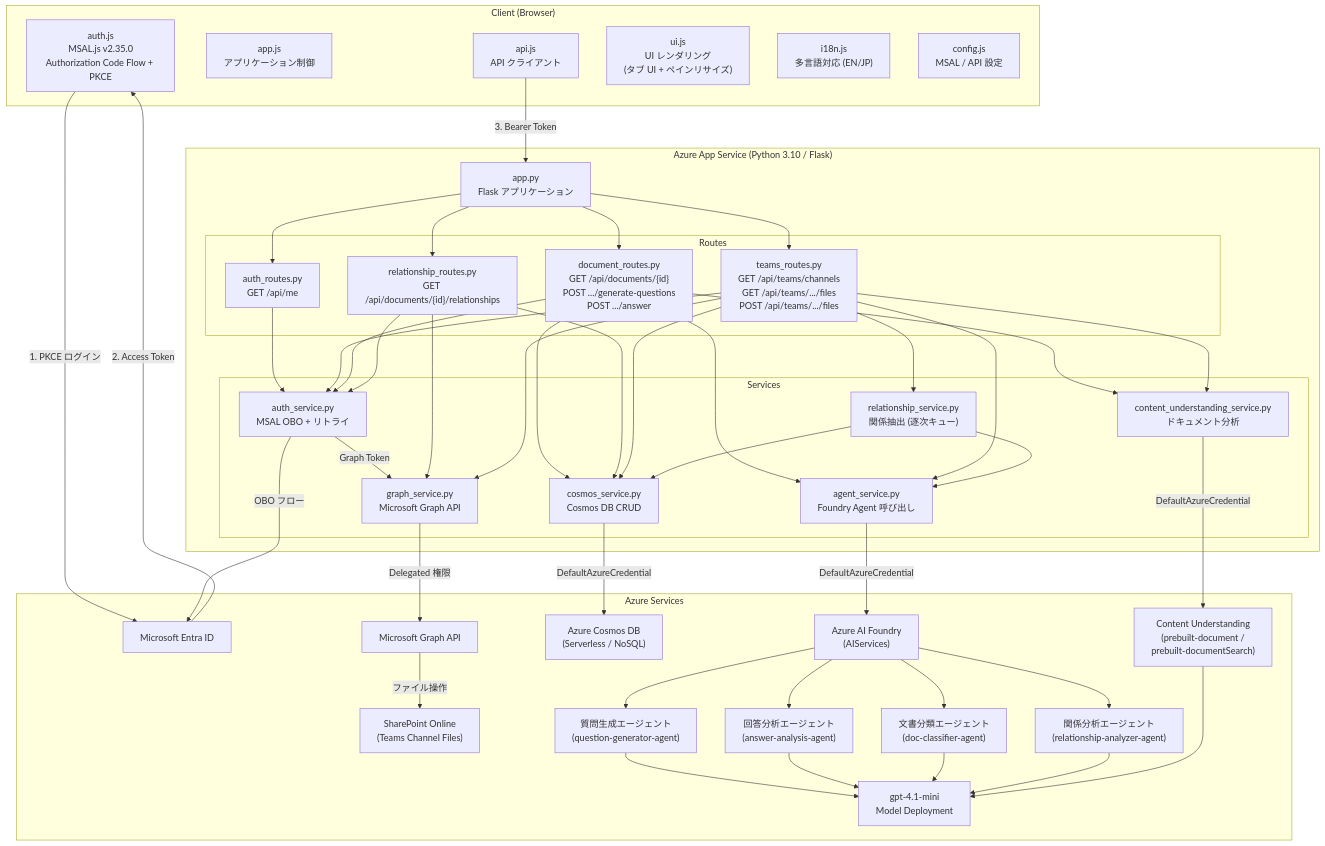
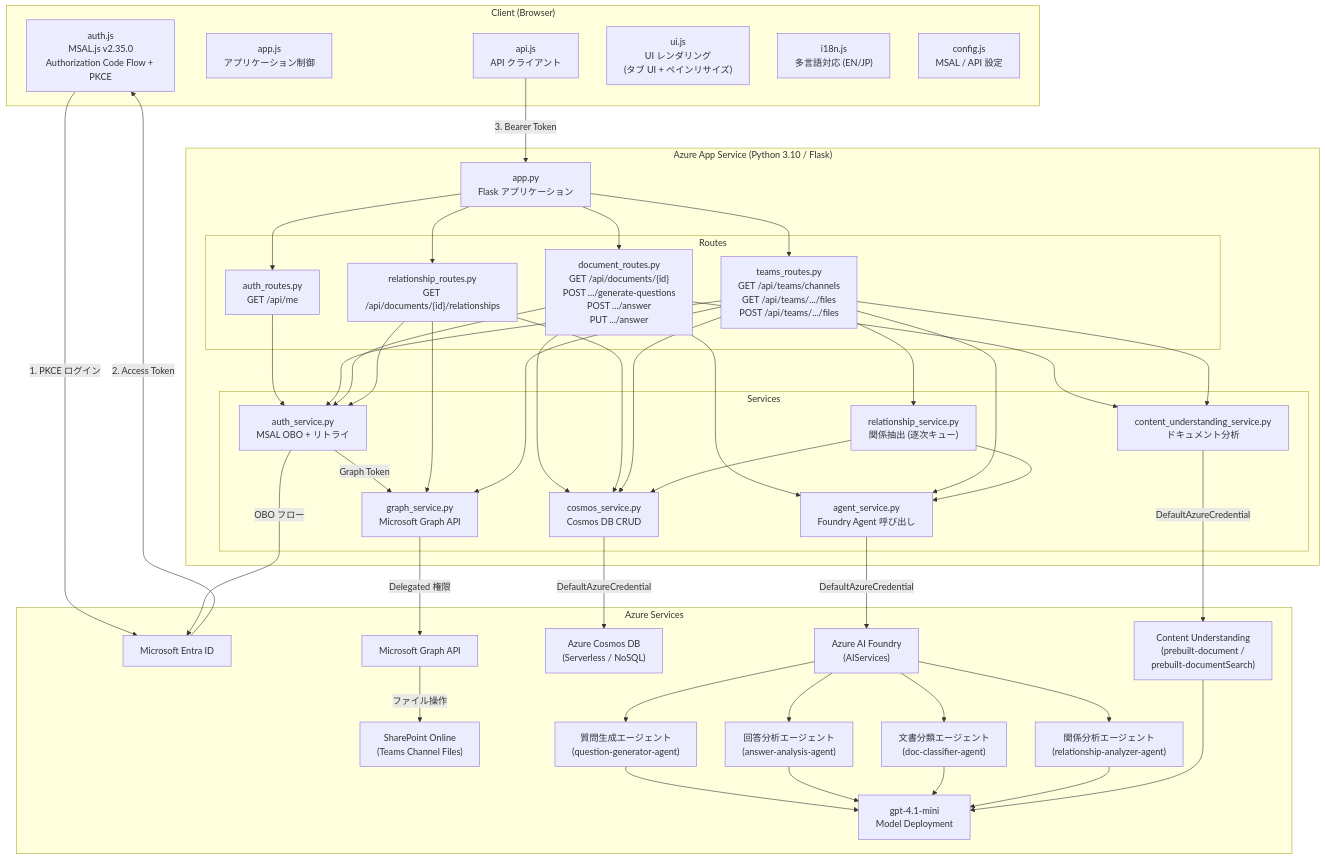
Before and after one commit to hatasaki/Manufacturing-Intelligent-Document-Management: the first of 20 diagrams in docs/ARCHITECTURE.md, drawn with Mermaid. The commit also changed other lines of this file and 9 other files, not shown here.

```diff
--- a/docs/ARCHITECTURE.md
+++ b/docs/ARCHITECTURE.md
@@ -22,7 +22,7 @@
         subgraph "Routes"
             AUTH_ROUTE["auth_routes.py<br/>GET /api/me"]
             TEAMS_ROUTE["teams_routes.py<br/>GET /api/teams/channels<br/>GET /api/teams/.../files<br/>POST /api/teams/.../files"]
-            DOC_ROUTE["document_routes.py<br/>GET /api/documents/{id}<br/>POST .../generate-questions<br/>POST .../answer"]
+            DOC_ROUTE["document_routes.py<br/>GET /api/documents/{id}<br/>POST .../generate-questions<br/>POST .../answer<br/>PUT .../answer"]
             REL_ROUTE["relationship_routes.py<br/>GET /api/documents/{id}/relationships"]
         end
         subgraph "Services"
```
